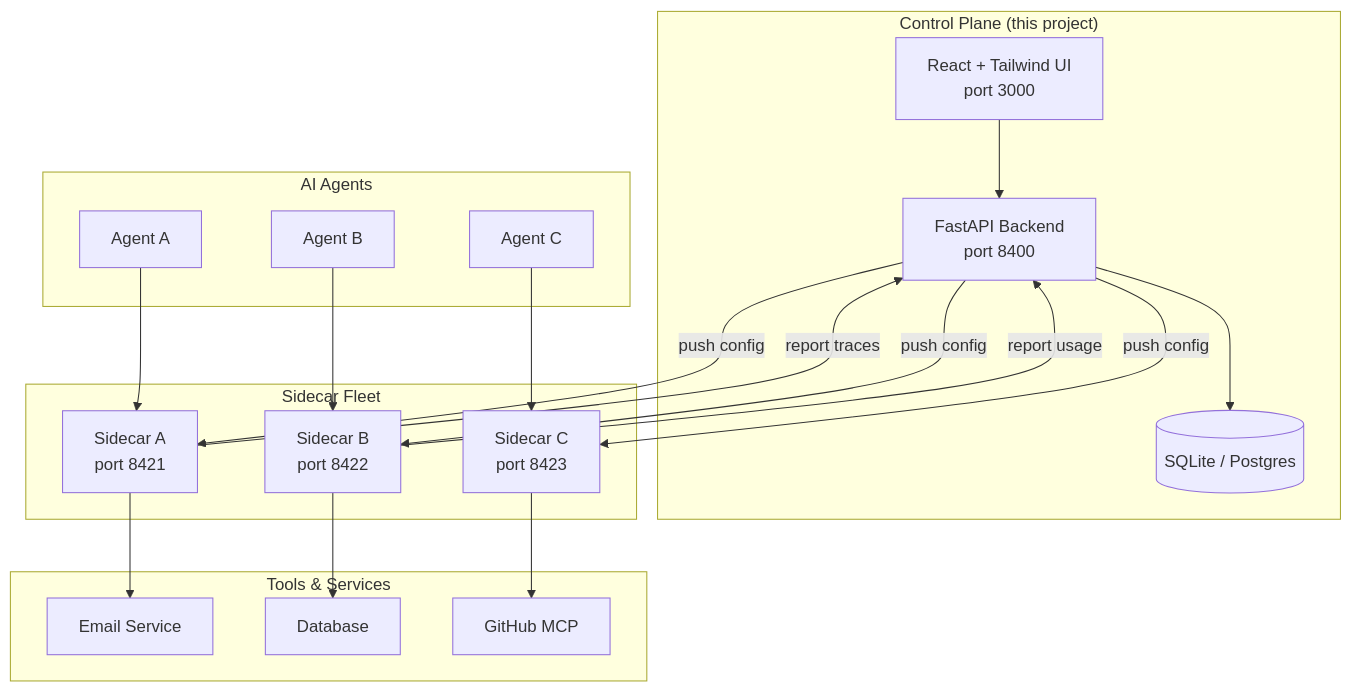
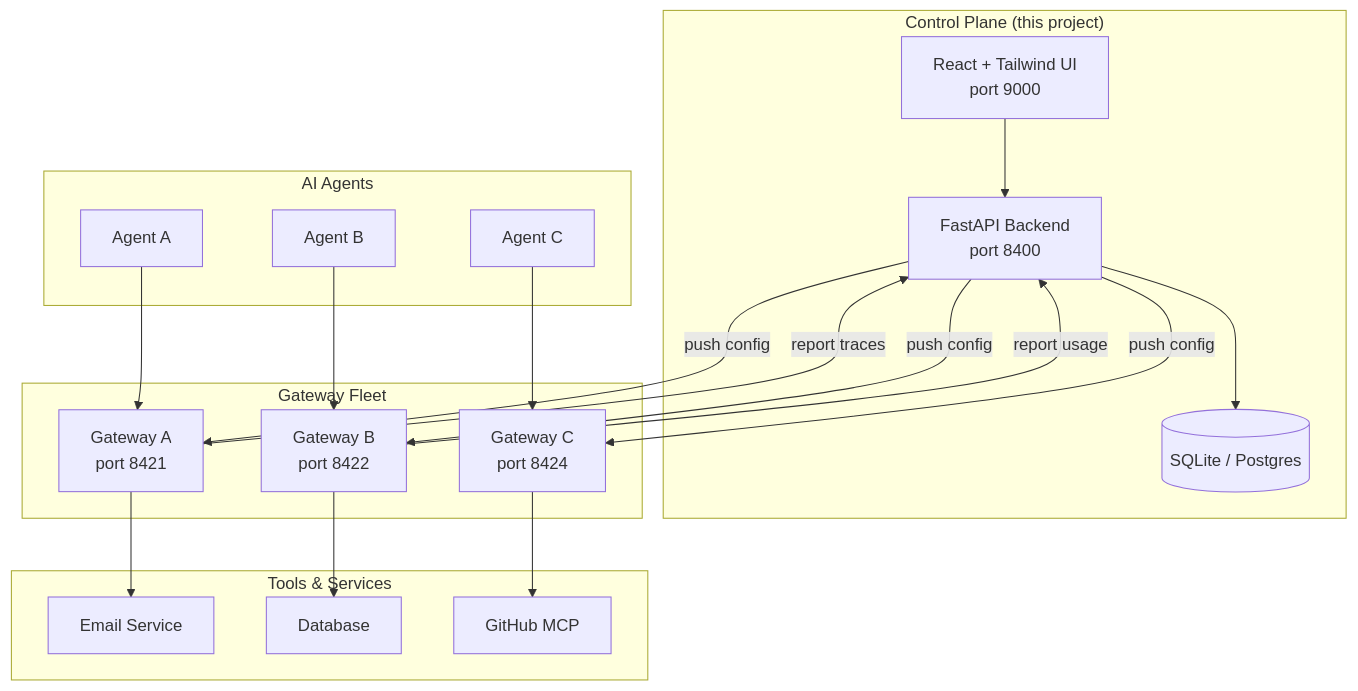
Before and after one commit to hk-775/ostiari: the first of 3 diagrams in control-plane/README.md, drawn with Mermaid. The commit also changed other lines of this file and 21 other files, not shown here.

````diff
--- a/control-plane/README.md
+++ b/control-plane/README.md
@@ -9,40 +10,40 @@
 ```mermaid
 graph TB
     subgraph "Control Plane (this project)"
-        UI[React + Tailwind UI<br/>port 3000]
+        UI[React + Tailwind UI<br/>port 9000]
         API[FastAPI Backend<br/>port 8400]
         DB[(SQLite / Postgres)]
     end
 
-    subgraph "Sidecar Fleet"
-        SC1[Sidecar A<br/>port 8421]
-        SC2[Sidecar B<br/>port 8422]
-        SC3[Sidecar C<br/>port 8423]
+    subgraph "Gateway Fleet"
+        G1[Gateway A<br/>port 8421]
+        G2[Gateway B<br/>port 8422]
+        G3[Gateway C<br/>port 8424]
     end
 
     subgraph "AI Agents"
         A1[Agent A]
         A2[Agent B]
         A3[Agent C]
     end
 
     subgraph "Tools & Services"
         T1[Email Service]
         T2[Database]
         T3[GitHub MCP]
     end
 
     UI --> API
     API --> DB
-    API -->|push config| SC1
-    API -->|push config| SC2
-    API -->|push config| SC3
-    SC1 -->|report traces| API
-    SC2 -->|report usage| API
-    A1 --> SC1
-    A2 --> SC2
-    A3 --> SC3
-    SC1 --> T1
-    SC2 --> T2
-    SC3 --> T3
+    API -->|push config| G1
+    API -->|push config| G2
+    API -->|push config| G3
+    G1 -->|report traces| API
+    G2 -->|report usage| API
+    A1 --> G1
+    A2 --> G2
+    A3 --> G3
+    G1 --> T1
+    G2 --> T2
+    G3 --> T3
 ```
````
